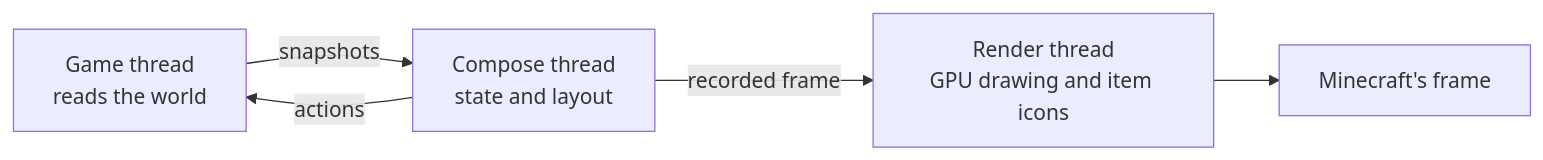
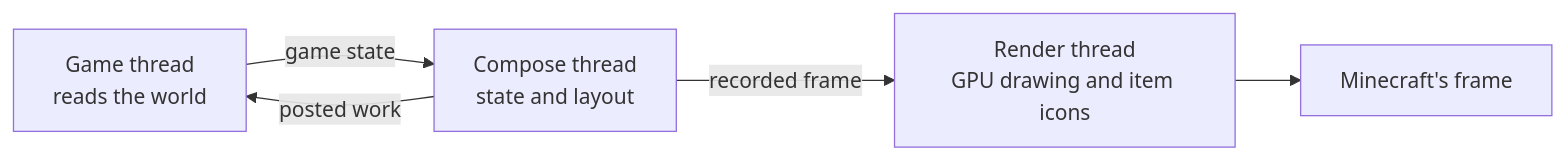
One commit to Frostbite-time/CompixelUI changed the second of 2 diagrams in docs/en/architecture.md. Above: the diagram before and after it, drawn with Mermaid. The commit also changed other lines of this file and 91 other files, not shown here.

Commit message:
Add gameThread.post and gameState, deprecating snapshot, handle and send for 0.2.0

````diff
--- a/docs/en/architecture.md
+++ b/docs/en/architecture.md
@@ -57,7 +57,7 @@
 ```mermaid
 flowchart LR
-    game["Game thread<br/>reads the world"] -- snapshots --> compose["Compose thread<br/>state and layout"]
-    compose -- actions --> game
+    game["Game thread<br/>reads the world"] -- game state --> compose["Compose thread<br/>state and layout"]
+    compose -- posted work --> game
     compose -- recorded frame --> gpu["Render thread<br/>GPU drawing and item icons"]
     gpu --> frame["Minecraft's frame"]
 ```
````
